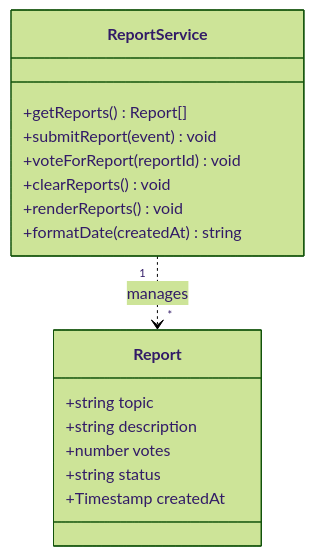
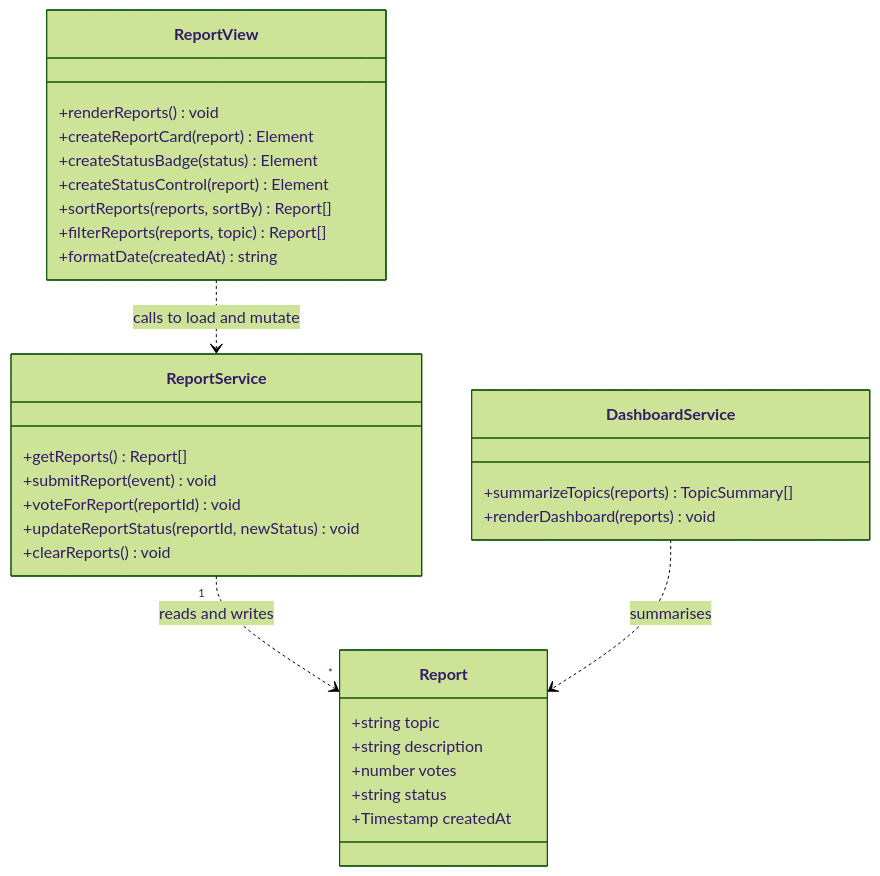
Before and after one commit to ZhongRuichen-147/Course-Confusion-Radar-Application: the diagram in docs/class-diagram.md, drawn with Mermaid (forest theme). The commit also changed other lines of this file and 6 other files, not shown here.

````diff
--- a/docs/class-diagram.md
+++ b/docs/class-diagram.md
@@ -15,21 +20,37 @@
 ```mermaid
 classDiagram
     class Report {
         +string topic
         +string description
         +number votes
         +string status
         +Timestamp createdAt
     }
 
     class ReportService {
         +getReports() Report[]
         +submitReport(event) void
         +voteForReport(reportId) void
+        +updateReportStatus(reportId, newStatus) void
         +clearReports() void
+    }
+
+    class ReportView {
         +renderReports() void
+        +createReportCard(report) Element
+        +createStatusBadge(status) Element
+        +createStatusControl(report) Element
+        +sortReports(reports, sortBy) Report[]
+        +filterReports(reports, topic) Report[]
         +formatDate(createdAt) string
     }
 
-    ReportService "1" ..> "*" Report : manages
+    class DashboardService {
+        +summarizeTopics(reports) TopicSummary[]
+        +renderDashboard(reports) void
+    }
+
+    ReportService "1" ..> "*" Report : reads and writes
+    ReportView ..> ReportService : calls to load and mutate
+    DashboardService ..> Report : summarises
 ```
````
